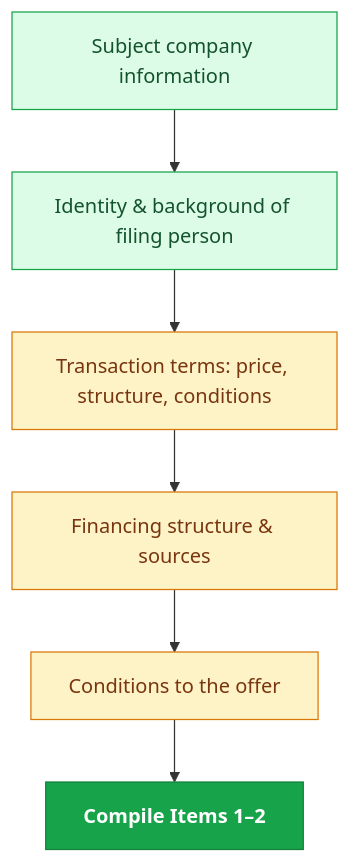
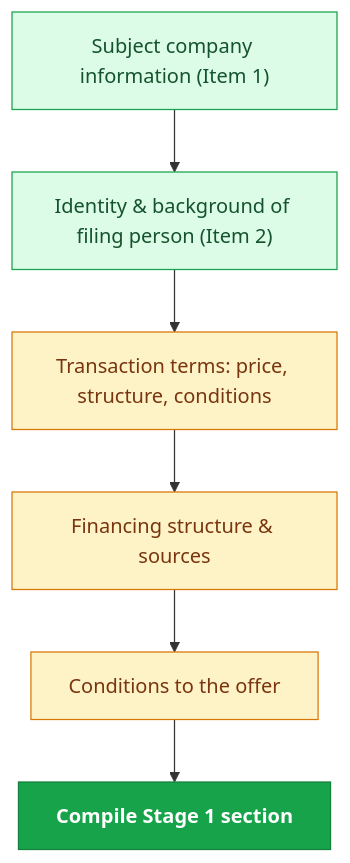
The third of 14 diagrams in README.md (mrchanpark/14D-9), drawn with Mermaid before and after one commit. The commit also changed other lines of this file and 2 other files, not shown here.

````diff
--- a/README.md
+++ b/README.md
@@ -74,11 +92,11 @@
 ```mermaid
 flowchart TD
-  A["Subject company information"]:::grn --> B["Identity & background of filing person"]:::grn
+  A["Subject company information (Item 1)"]:::grn --> B["Identity & background of filing person (Item 2)"]:::grn
   B --> C["Transaction terms: price, structure, conditions"]:::yel
   C --> D["Financing structure & sources"]:::yel
   D --> E["Conditions to the offer"]:::yel
-  E --> F["Compile Items 1–2"]:::grnC
+  E --> F["Compile Stage 1 section"]:::grnC
   classDef yel fill:#fef3c7,stroke:#d97706,color:#78350f
   classDef grn fill:#dcfce7,stroke:#16a34a,color:#14532d
   classDef grnC fill:#16a34a,stroke:#15803d,color:#fff,font-weight:700
 ```
````
